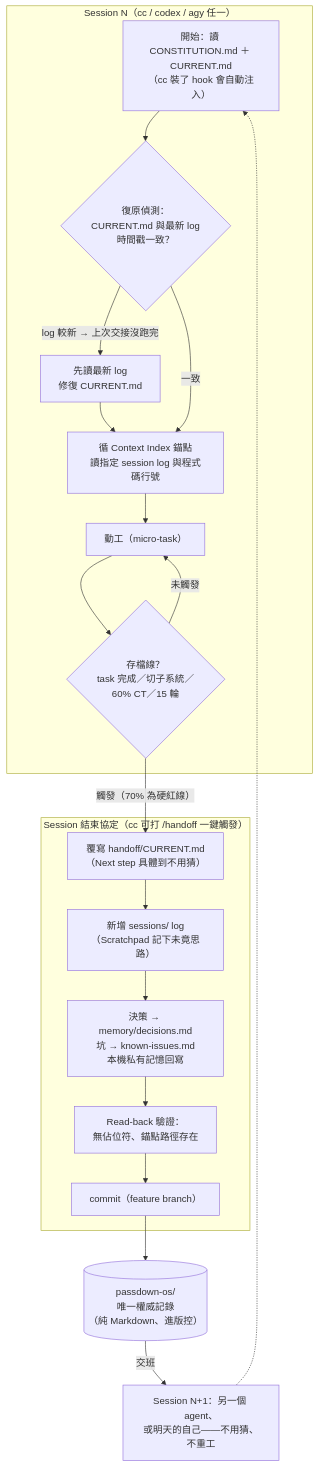
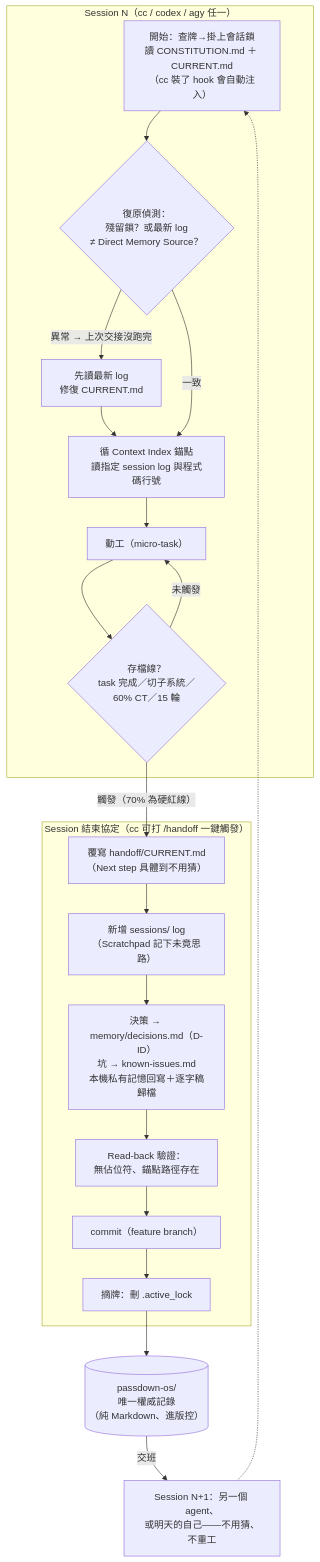
Before and after one commit to Will-SW74/passdown-os: the diagram in README.md, drawn with Mermaid. The commit also changed 4 other files, not shown here.

First line of the commit message:
fix: final architecture review - counter script dual-layout, stale README diagram, handoff refresh

````diff
--- a/README.md
+++ b/README.md
@@ -11,21 +11,22 @@
 ```mermaid
 flowchart TD
     subgraph S1["Session N（cc / codex / agy 任一）"]
-        A1["開始：讀 CONSTITUTION.md ＋ CURRENT.md<br/>（cc 裝了 hook 會自動注入）"] --> A2{"復原偵測：<br/>CURRENT.md 與最新 log<br/>時間戳一致？"}
-        A2 -- "log 較新 → 上次交接沒跑完" --> A2b["先讀最新 log<br/>修復 CURRENT.md"] --> A3
+        A1["開始：查牌→掛上會話鎖<br/>讀 CONSTITUTION.md ＋ CURRENT.md<br/>（cc 裝了 hook 會自動注入）"] --> A2{"復原偵測：<br/>殘留鎖？或最新 log<br/>≠ Direct Memory Source？"}
+        A2 -- "異常 → 上次交接沒跑完" --> A2b["先讀最新 log<br/>修復 CURRENT.md"] --> A3
         A2 -- 一致 --> A3["循 Context Index 錨點<br/>讀指定 session log 與程式碼行號"]
         A3 --> A4["動工（micro-task）"]
         A4 --> A5{"存檔線？<br/>task 完成／切子系統／<br/>60% CT／15 輪"}
         A5 -- 未觸發 --> A4
     end
     A5 -- "觸發（70% 為硬紅線）" --> E1
     subgraph E["Session 結束協定（cc 可打 /handoff 一鍵觸發）"]
         E1["覆寫 handoff/CURRENT.md<br/>（Next step 具體到不用猜）"] --> E2["新增 sessions/ log<br/>（Scratchpad 記下未竟思路）"]
-        E2 --> E3["決策 → memory/decisions.md<br/>坑 → known-issues.md<br/>本機私有記憶回寫"]
+        E2 --> E3["決策 → memory/decisions.md（D-ID）<br/>坑 → known-issues.md<br/>本機私有記憶回寫＋逐字稿歸檔"]
         E3 --> E4["Read-back 驗證：<br/>無佔位符、錨點路徑存在"]
         E4 --> E5["commit（feature branch）"]
+        E5 --> E6["摘牌：刪 .active_lock"]
     end
-    E5 --> F[("passdown-os/<br/>唯一權威記錄<br/>（純 Markdown、進版控）")]
+    E6 --> F[("passdown-os/<br/>唯一權威記錄<br/>（純 Markdown、進版控）")]
     F -- 交班 --> B1["Session N+1：另一個 agent、<br/>或明天的自己——不用猜、不重工"]
     B1 -.-> A1
 ```
````
